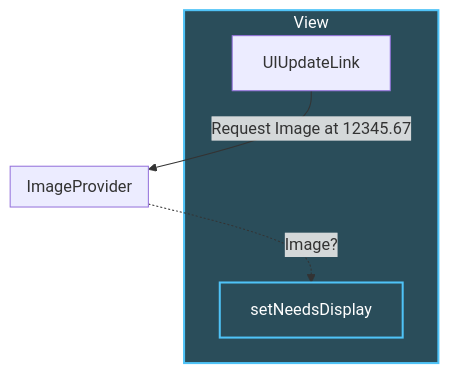
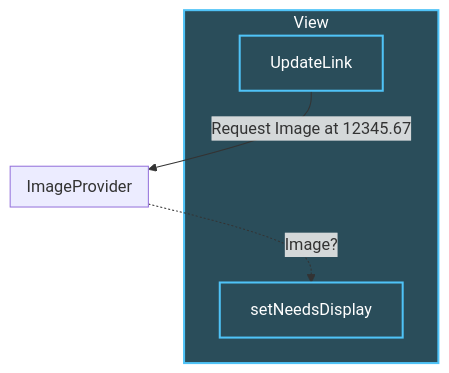
One commit to noppefoxwolf/presentations changed the second of 4 diagrams in iOSDC/25/presentation.md. Above: the diagram before and after it, drawn with Mermaid. The commit also changed other lines of this file, not shown here.

````diff
--- a/iOSDC/25/presentation.md
+++ b/iOSDC/25/presentation.md
@@ -423,19 +432,19 @@
 ```mermaid
 graph TB
 
 subgraph View
-    UIUpdateLink
+    UpdateLink
     S[setNeedsDisplay]
 end
-UIUpdateLink -->|Request Image at 12345.67| ImageProvider
+UpdateLink -->|Request Image at 12345.67| ImageProvider
 ImageProvider -.->|Image?| S
 subgraph ImageProvider
 end
 
 classDef process fill:#3d2a4d,stroke:#ab47bc,stroke-width:2px,color:#ffffff
 classDef display fill:#2a4d5a,stroke:#4fc3f7,stroke-width:2px,color:#ffffff
 
 
 class Provider,Processor,Cache process
 class UpdateLink,View,S display
 ```
````
